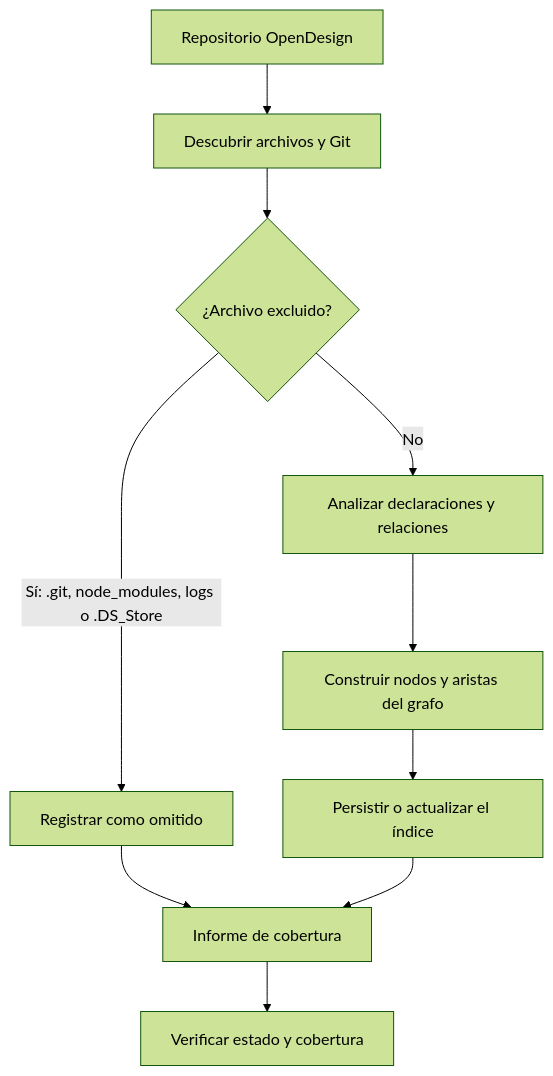
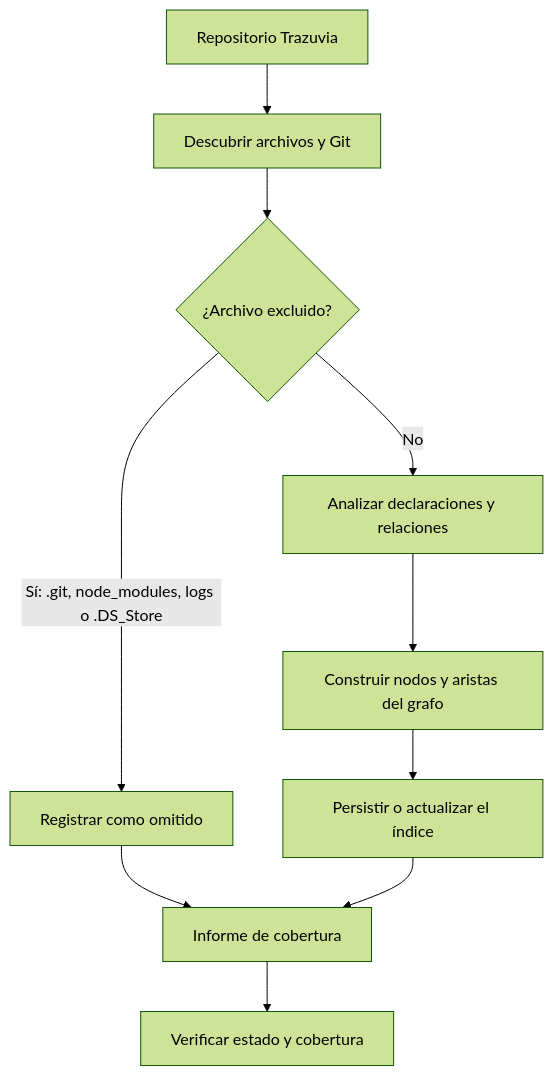
One commit to Isma115/OpenDesign changed the diagram in SDD_specs/specs/indexacion-codebase-memory.md. Above: the diagram before and after it, drawn with Mermaid (forest theme). The commit also changed 58 other files, not shown here.

````diff
--- a/SDD_specs/specs/indexacion-codebase-memory.md
+++ b/SDD_specs/specs/indexacion-codebase-memory.md
@@ -5,12 +5,12 @@
 ```mermaid
 flowchart TD
-    A[Repositorio OpenDesign] --> B[Descubrir archivos y Git]
+    A[Repositorio Trazuvia] --> B[Descubrir archivos y Git]
     B --> C{¿Archivo excluido?}
     C -->|Sí: .git, node_modules, logs o .DS_Store| D[Registrar como omitido]
     C -->|No| E[Analizar declaraciones y relaciones]
     E --> F[Construir nodos y aristas del grafo]
     F --> G[Persistir o actualizar el índice]
     D --> H[Informe de cobertura]
     G --> H
     H --> I[Verificar estado y cobertura]
 ```
````
